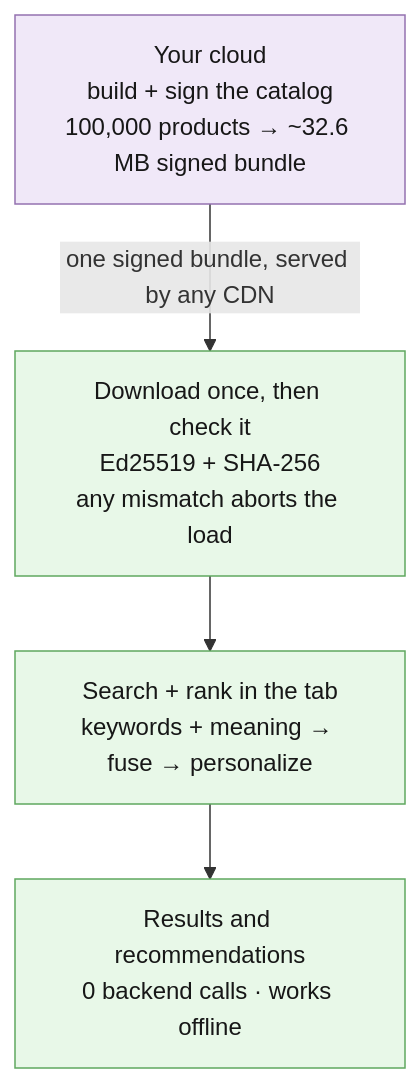
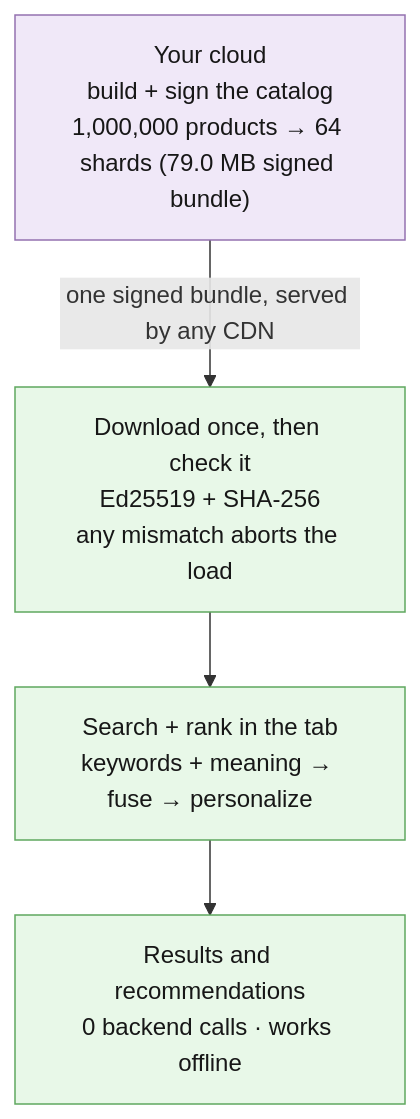
One commit to gainratio/edge-reco changed the fourth of 4 diagrams in docs/ARCHITECTURE.md. Above: the diagram before and after it, drawn with Mermaid. The commit also changed other lines of this file and 4001 other files, not shown here.

````diff
--- a/docs/ARCHITECTURE.md
+++ b/docs/ARCHITECTURE.md
@@ -302,15 +302,15 @@
 ```mermaid
 flowchart TB
-  build["Your cloud<br>build + sign the catalog<br>100,000 products → ~32.6 MB signed bundle"]
+  build["Your cloud<br>build + sign the catalog<br>1,000,000 products → 64 shards (79.0 MB signed bundle)"]
   sync["Download once, then check it<br>Ed25519 + SHA-256<br>any mismatch aborts the load"]
   engine["Search + rank in the tab<br>keywords + meaning → fuse → personalize"]
   recs["Results and recommendations<br>0 backend calls · works offline"]
 
   build -->|"one signed bundle, served by any CDN"| sync
   sync --> engine --> recs
 
   classDef cloud fill:#f0e8f8,stroke:#9472b0,color:#171717;
   classDef device fill:#e8f8e8,stroke:#5fa85f,color:#171717;
   class build cloud;
   class sync,engine,recs device;
 ```
````
